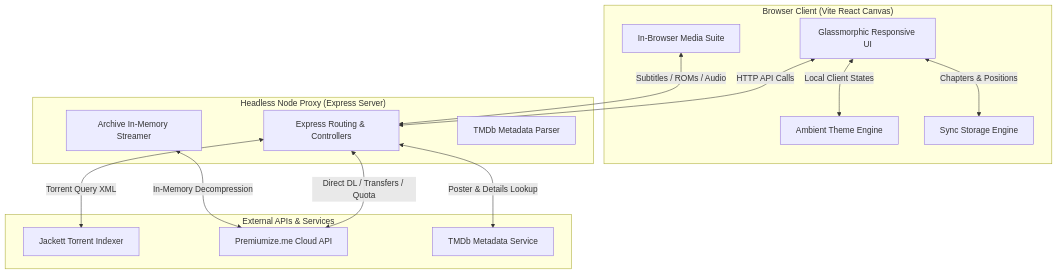
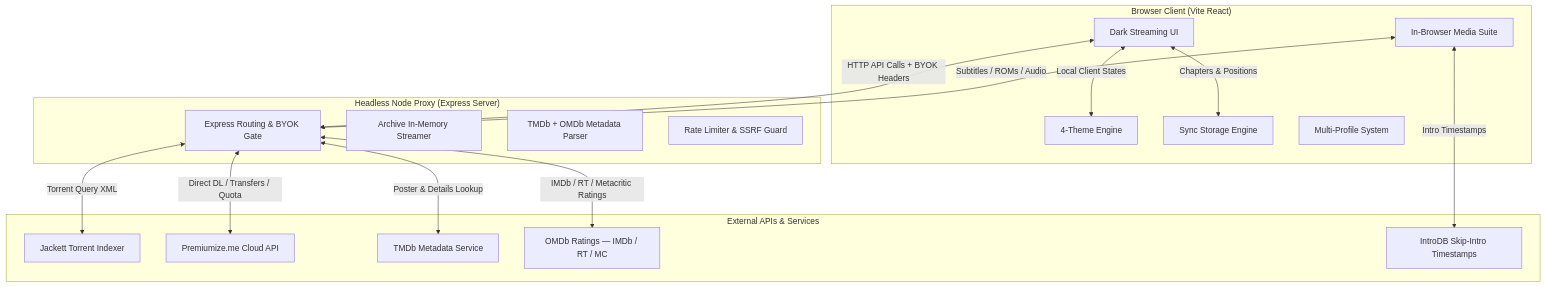
Before and after one commit to BioHapHazard/Premio: the diagram in README.md, drawn with Mermaid. The commit also changed other lines of this file, not shown here.

````diff
--- a/README.md
+++ b/README.md
@@ -16,31 +11,36 @@
 ```mermaid
 graph TD
-    subgraph BrowserClient["Browser Client (Vite React Canvas)"]
-        UI[Glassmorphic Responsive UI]
-        Theme[Ambient Theme Engine]
+    subgraph BrowserClient["Browser Client (Vite React)"]
+        UI[Dark Streaming UI]
+        Theme[4-Theme Engine]
         Players[In-Browser Media Suite]
         Cache[Sync Storage Engine]
+        Profiles[Multi-Profile System]
     end
 
     subgraph HeadlessNode["Headless Node Proxy (Express Server)"]
-        Server[Express Routing & Controllers]
+        Server[Express Routing & BYOK Gate]
         ZipStream[Archive In-Memory Streamer]
-        Metadata[TMDb Metadata Parser]
+        Metadata[TMDb + OMDb Metadata Parser]
+        RateLimit[Rate Limiter & SSRF Guard]
     end
 
     subgraph ExternalAPIs["External APIs & Services"]
         Jackett[Jackett Torrent Indexer]
         PM_API[Premiumize.me Cloud API]
         TMDB[TMDb Metadata Service]
+        OMDB[OMDb Ratings — IMDb / RT / MC]
+        IntroDB[IntroDB Skip-Intro Timestamps]
     end
 
     UI <-->|Local Client States| Theme
     UI <-->|Chapters & Positions| Cache
-    UI <-->|HTTP API Calls| Server
+    UI <-->|HTTP API Calls + BYOK Headers| Server
     Players <-->|Subtitles / ROMs / Audio| Server
 
     Server <-->|Torrent Query XML| Jackett
     Server <-->|Direct DL / Transfers / Quota| PM_API
     Server <-->|Poster & Details Lookup| TMDB
-    ZipStream <-->|In-Memory Decompression| PM_API
+    Server <-->|IMDb / RT / Metacritic Ratings| OMDB
+    Players <-->|Intro Timestamps| IntroDB
 ```
````
